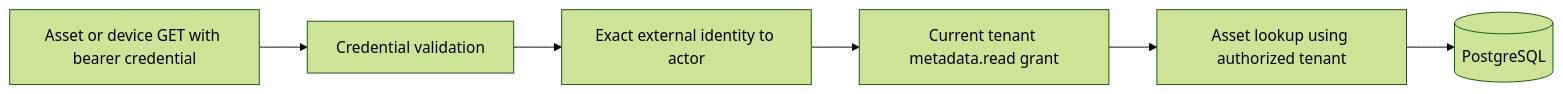
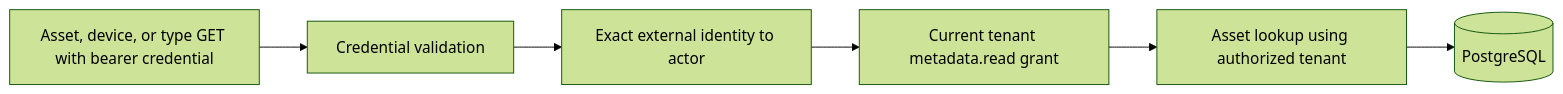
Before and after one commit to stanimirivanov/fleetiq-platform: the second of 5 diagrams in docs/architecture/README.md, drawn with Mermaid (forest theme). The commit also changed other lines of this file and 10 other files, not shown here.

Commit message:
[#217] Expose exact asset-type definitions through authorized HTTP (#218)

````diff
--- a/docs/architecture/README.md
+++ b/docs/architecture/README.md
@@ -43,11 +46,11 @@
 ```mermaid
 flowchart LR
-    Request[Asset or device GET with bearer credential]
+    Request[Asset, device, or type GET with bearer credential]
     Validator[Credential validation]
     Resolver[Exact external identity to actor]
     Policy[Current tenant metadata.read grant]
     Service[Asset lookup using authorized tenant]
     Store[(PostgreSQL)]
 
     Request --> Validator --> Resolver --> Policy --> Service --> Store
 ```
````
